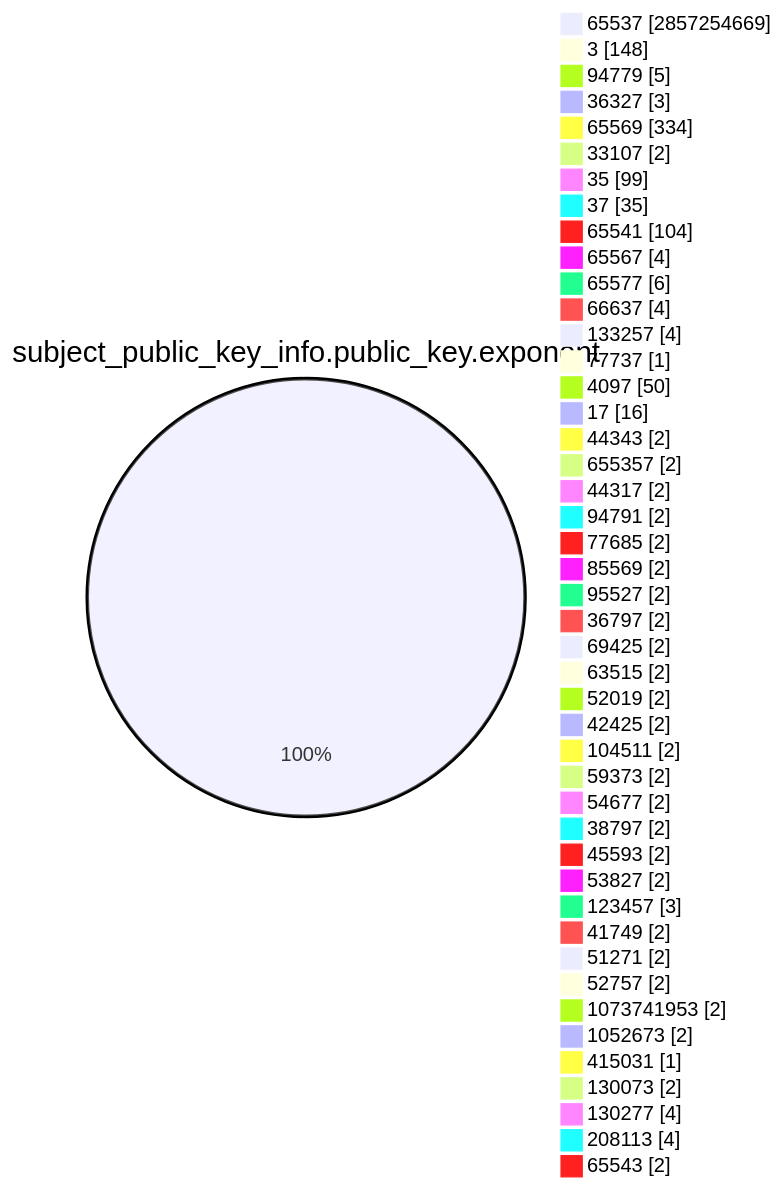
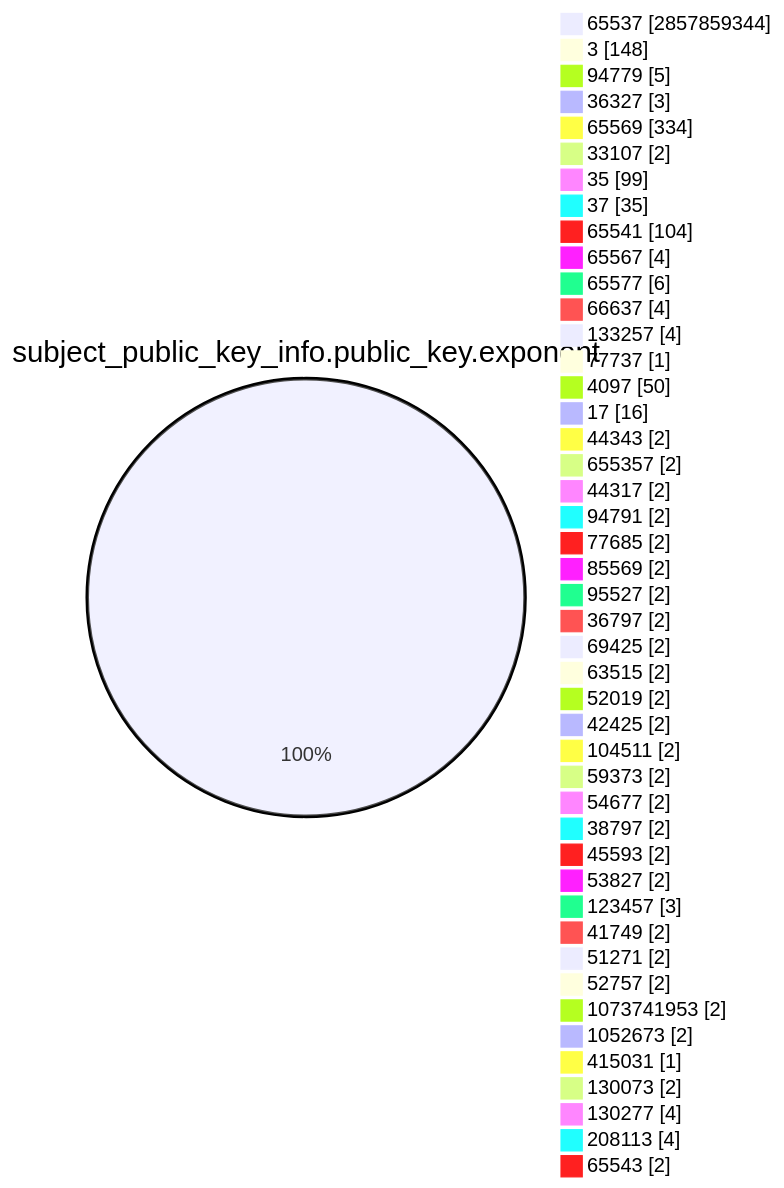
One commit to christiankrug/ctmonitor_visualization changed the fourth of 15 diagrams in TOTAL/README.md. Above: the diagram before and after it, drawn with Mermaid. The commit also changed other lines of this file, not shown here.

````diff
--- a/TOTAL/README.md
+++ b/TOTAL/README.md
@@ -1468,49 +1468,49 @@
 ```mermaid
 pie showData
 title subject_public_key_info.public_key.exponent
-"65537" :2857254669
+"65537" :2857859344
 "3" :148
 "94779" :5
 "36327" :3
 "65569" :334
 "33107" :2
 "35" :99
 "37" :35
 "65541" :104
 "65567" :4
 "65577" :6
 "66637" :4
 "133257" :4
 "77737" :1
 "4097" :50
 "17" :16
 "44343" :2
 "655357" :2
 "44317" :2
 "94791" :2
 "77685" :2
 "85569" :2
 "95527" :2
 "36797" :2
 "69425" :2
 "63515" :2
 "52019" :2
 "42425" :2
 "104511" :2
 "59373" :2
 "54677" :2
 "38797" :2
 "45593" :2
 "53827" :2
 "123457" :3
 "41749" :2
 "51271" :2
 "52757" :2
 "1073741953" :2
 "1052673" :2
 "415031" :1
 "130073" :2
 "130277" :4
 "208113" :4
 "65543" :2
 ```
````
